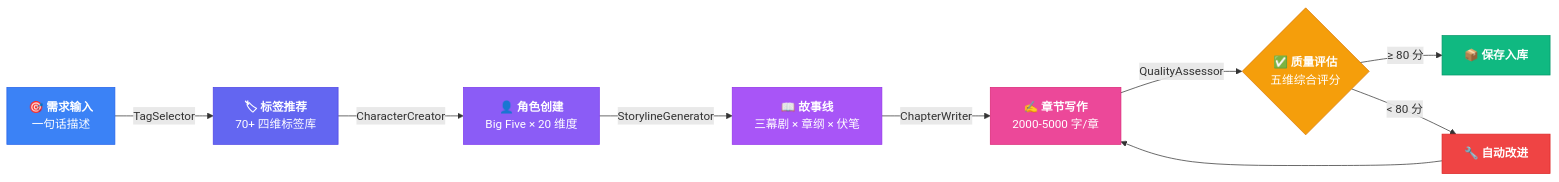
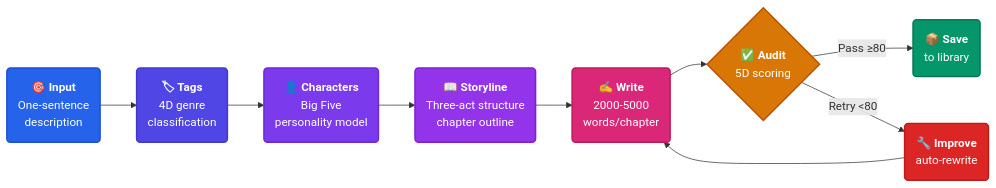
Before and after one commit to graceGZX/InkAI-gzx: the first of 3 diagrams in README.md, drawn with Mermaid. The commit also changed other lines of this file, not shown here.

Commit message:
docs: fix Mermaid parse error + premium visual overhaul — dark-aware badges, HTML stat cards, color-coded architecture, bilingual

````diff
--- a/README.md
+++ b/README.md
@@ -48,20 +51,20 @@
 ```mermaid
 graph LR
-    A["<b>🎯 需求输入</b><br/>一句话描述"] -->|"TagSelector"| B["<b>🏷 标签推荐</b><br/>70+ 四维标签库"]
-    B -->|"CharacterCreator"| C["<b>👤 角色创建</b><br/>Big Five × 20 维度"]
-    C -->|"StorylineGenerator"| D["<b>📖 故事线</b><br/>三幕剧 × 章纲 × 伏笔"]
-    D -->|"ChapterWriter"| E["<b>✍ 章节写作</b><br/>2000-5000 字/章"]
-    E -->|"QualityAssessor"| F{"<b>✅ 质量评估</b><br/>五维综合评分"}
-    F -->|"≥ 80 分"| G["<b>📦 保存入库</b>"]
-    F -->|"&lt; 80 分"| H["<b>🔧 自动改进</b>"]
+    A("<b>🎯 Input</b><br/>One-sentence<br/>description") --> B("<b>🏷 Tags</b><br/>4D genre<br/>classification")
+    B --> C("<b>👤 Characters</b><br/>Big Five<br/>personality model")
+    C --> D("<b>📖 Storyline</b><br/>Three-act structure<br/>chapter outline")
+    D --> E("<b>✍ Write</b><br/>2000-5000<br/>words/chapter")
+    E --> F{"<b>✅ Audit</b><br/>5D scoring"}
+    F -->|"Pass ≥80"| G("<b>📦 Save</b><br/>to library")
+    F -->|"Retry <80"| H("<b>🔧 Improve</b><br/>auto-rewrite")
     H --> E
 
-    style A fill:#3B82F6,color:#fff,stroke:#2563EB
-    style B fill:#6366F1,color:#fff,stroke:#4F46E5
-    style C fill:#8B5CF6,color:#fff,stroke:#7C3AED
-    style D fill:#A855F7,color:#fff,stroke:#9333EA
-    style E fill:#EC4899,color:#fff,stroke:#DB2777
-    style F fill:#F59E0B,color:#fff,stroke:#D97706
-    style G fill:#10B981,color:#fff,stroke:#059669
-    style H fill:#EF4444,color:#fff,stroke:#DC2626
+    style A fill:#2563EB,color:#fff,stroke:#1D4ED8,stroke-width:2px
+    style B fill:#4F46E5,color:#fff,stroke:#4338CA,stroke-width:2px
+    style C fill:#7C3AED,color:#fff,stroke:#6D28D9,stroke-width:2px
+    style D fill:#9333EA,color:#fff,stroke:#7E22CE,stroke-width:2px
+    style E fill:#DB2777,color:#fff,stroke:#BE185D,stroke-width:2px
+    style F fill:#D97706,color:#fff,stroke:#B45309,stroke-width:2px
+    style G fill:#059669,color:#fff,stroke:#047857,stroke-width:2px
+    style H fill:#DC2626,color:#fff,stroke:#B91C1C,stroke-width:2px
 ```
````
